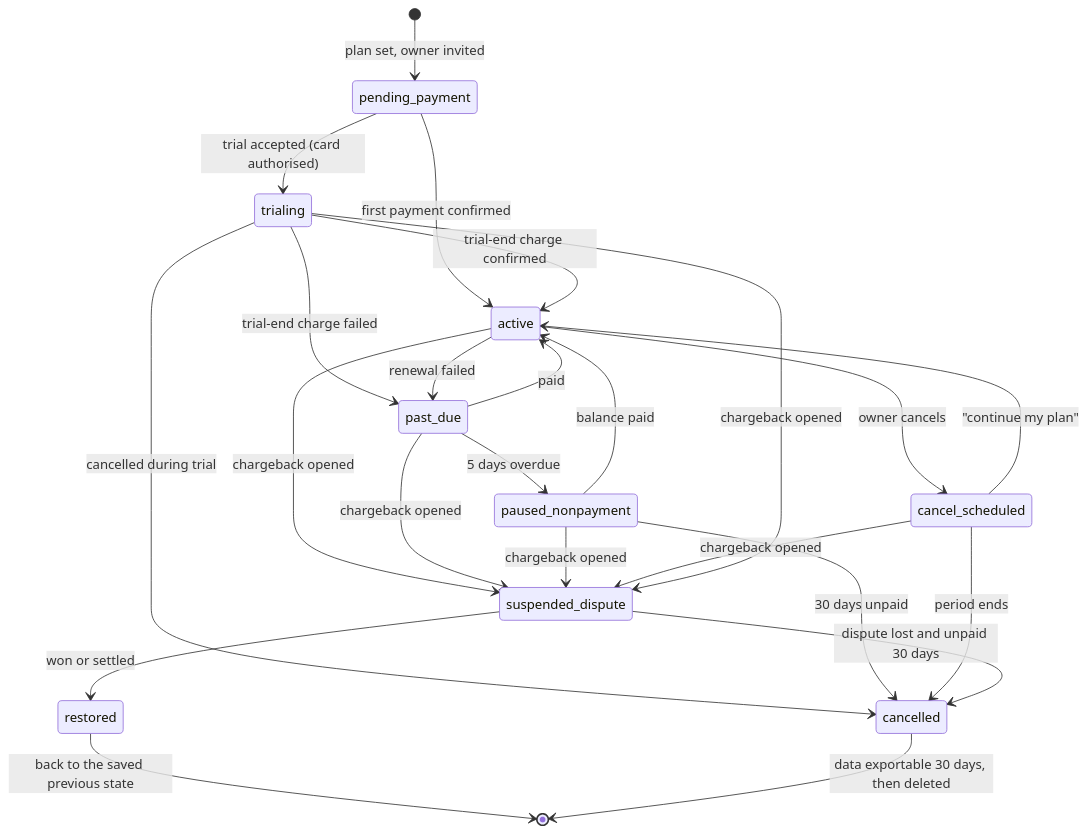
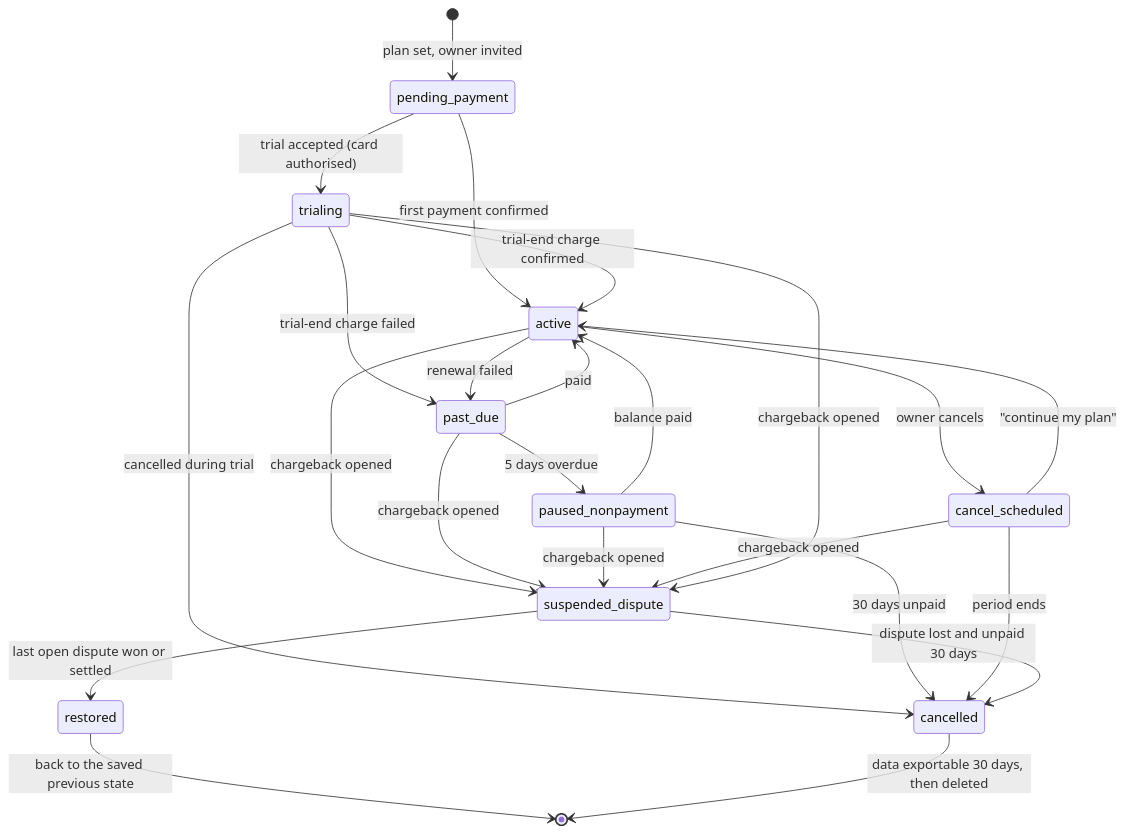
One commit to singhdhruv525-source/Zella-AI changed diagram 11 of 16 in docs/PAYMENTS_ARCHITECTURE.md. Above: the diagram before and after it, drawn with Mermaid. The commit also changed other lines of this file, not shown here.

Commit message:
Payments draft: restore after a dispute only when no other dispute is open
CodeRabbit follow-up: §6.8 and the state diagram now carry the all-disputes guard.

Claude-Session: https://claude.ai/code/session_01GNg47CAinKS2Zr91TEXeRj

````diff
--- a/docs/PAYMENTS_ARCHITECTURE.md
+++ b/docs/PAYMENTS_ARCHITECTURE.md
@@ -384,26 +384,26 @@
 ```mermaid
 stateDiagram-v2
   [*] --> pending_payment: plan set, owner invited
   pending_payment --> trialing: trial accepted (card authorised)
   pending_payment --> active: first payment confirmed
   trialing --> active: trial-end charge confirmed
   trialing --> cancelled: cancelled during trial
   trialing --> past_due: trial-end charge failed
   active --> past_due: renewal failed
   past_due --> active: paid
   past_due --> paused_nonpayment: 5 days overdue
   paused_nonpayment --> active: balance paid
   paused_nonpayment --> cancelled: 30 days unpaid
   active --> cancel_scheduled: owner cancels
   cancel_scheduled --> active: "continue my plan"
   cancel_scheduled --> cancelled: period ends
   active --> suspended_dispute: chargeback opened
   past_due --> suspended_dispute: chargeback opened
   paused_nonpayment --> suspended_dispute: chargeback opened
   cancel_scheduled --> suspended_dispute: chargeback opened
   trialing --> suspended_dispute: chargeback opened
-  suspended_dispute --> restored: won or settled
+  suspended_dispute --> restored: last open dispute won or settled
   restored --> [*]: back to the saved previous state
   suspended_dispute --> cancelled: dispute lost and unpaid 30 days
   cancelled --> [*]: data exportable 30 days, then deleted
 ```
````
